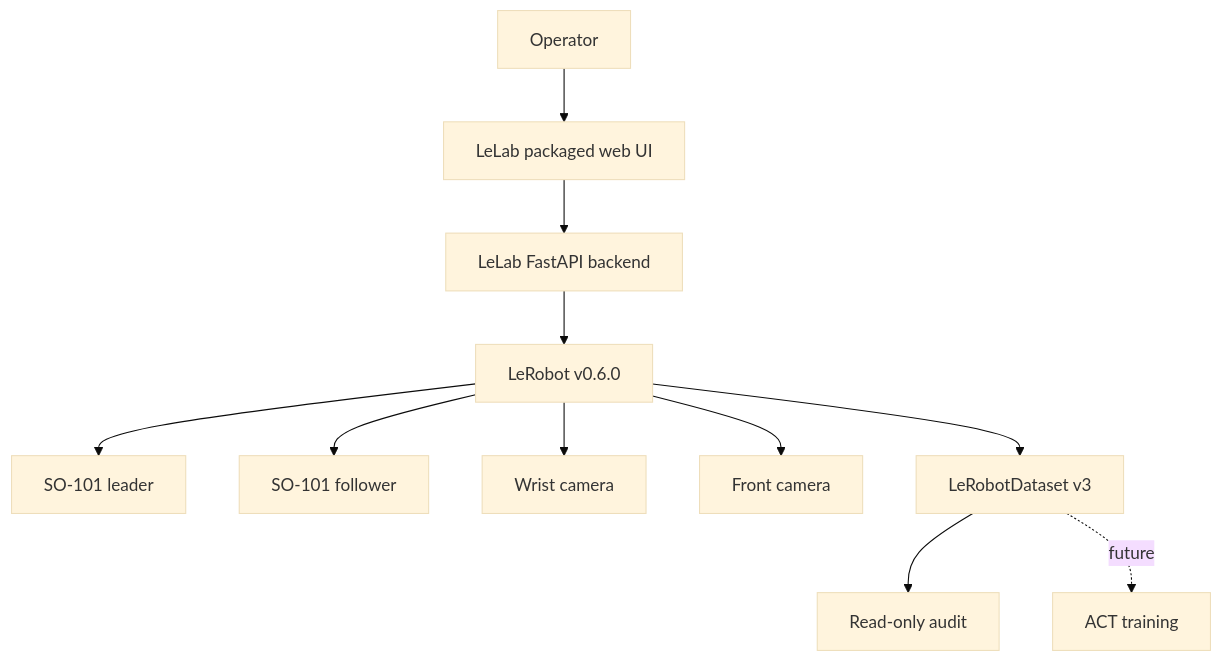
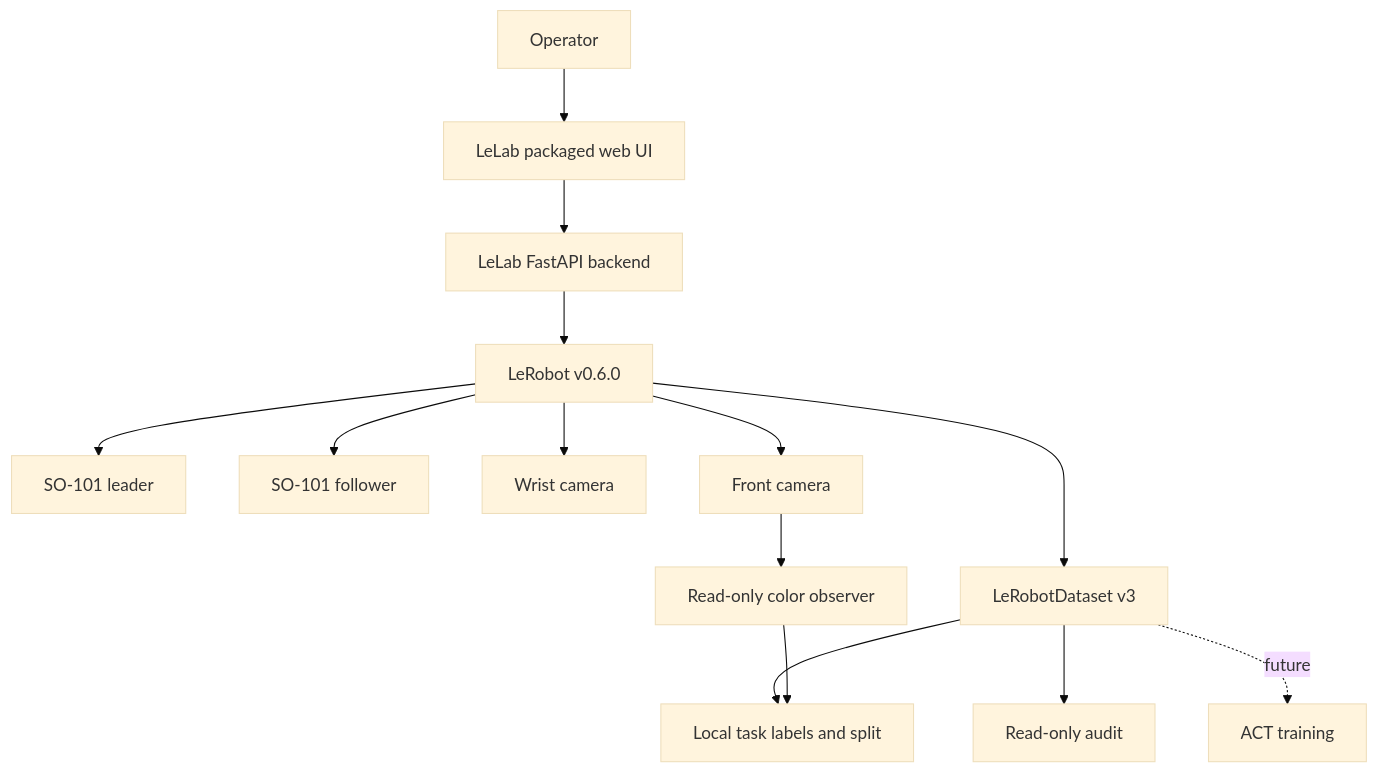
Before and after one commit to sgyliu8/LeRobot: the diagram in docs/ARCHITECTURE.md, drawn with Mermaid (base theme). The commit also changed other lines of this file and 12 other files, not shown here.

````diff
--- a/docs/ARCHITECTURE.md
+++ b/docs/ARCHITECTURE.md
@@ -7,13 +7,16 @@
 ```mermaid
 flowchart TB
     U[Operator] --> UI[LeLab packaged web UI]
     UI --> API[LeLab FastAPI backend]
     API --> LR[LeRobot v0.6.0]
     LR --> L[SO-101 leader]
     LR --> F[SO-101 follower]
     LR --> C1[Wrist camera]
     LR --> C2[Front camera]
     LR --> DS[LeRobotDataset v3]
     DS --> AUDIT[Read-only audit]
     DS -. future .-> ACT[ACT training]
+    DS --> TASK[Local task labels and split]
+    C2 --> OBS[Read-only color observer]
+    OBS --> TASK
 ```
````
